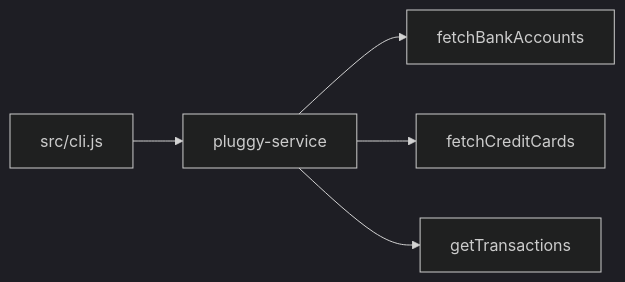
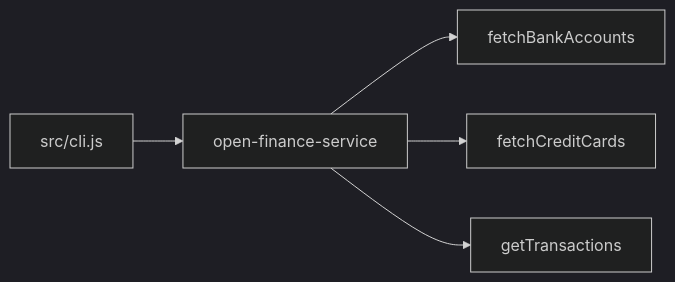
Before and after one commit to leaofelipe/open-finance-sync: the diagram in README.md, drawn with Mermaid (dark theme). The commit also changed other lines of this file and 4 other files, not shown here.

First line of the commit message:
Rename package to open-finance-service and align docs

````diff
--- a/README.md
+++ b/README.md
@@ -17,9 +17,9 @@
 ```mermaid
 flowchart LR
   cli[src/cli.js]
-  svc[pluggy-service]
+  svc[open-finance-service]
   cli --> svc
   svc --> bank[fetchBankAccounts]
   svc --> card[fetchCreditCards]
   svc --> tx[getTransactions]
 ```
````
